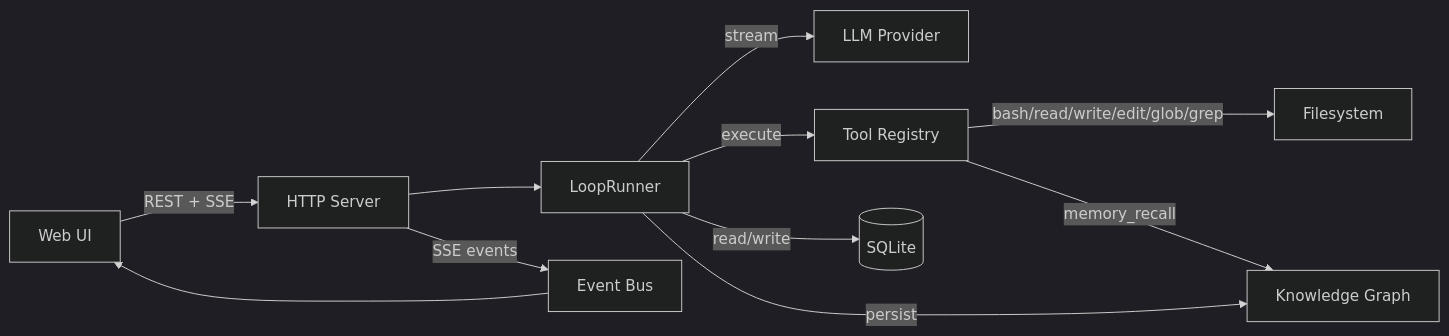
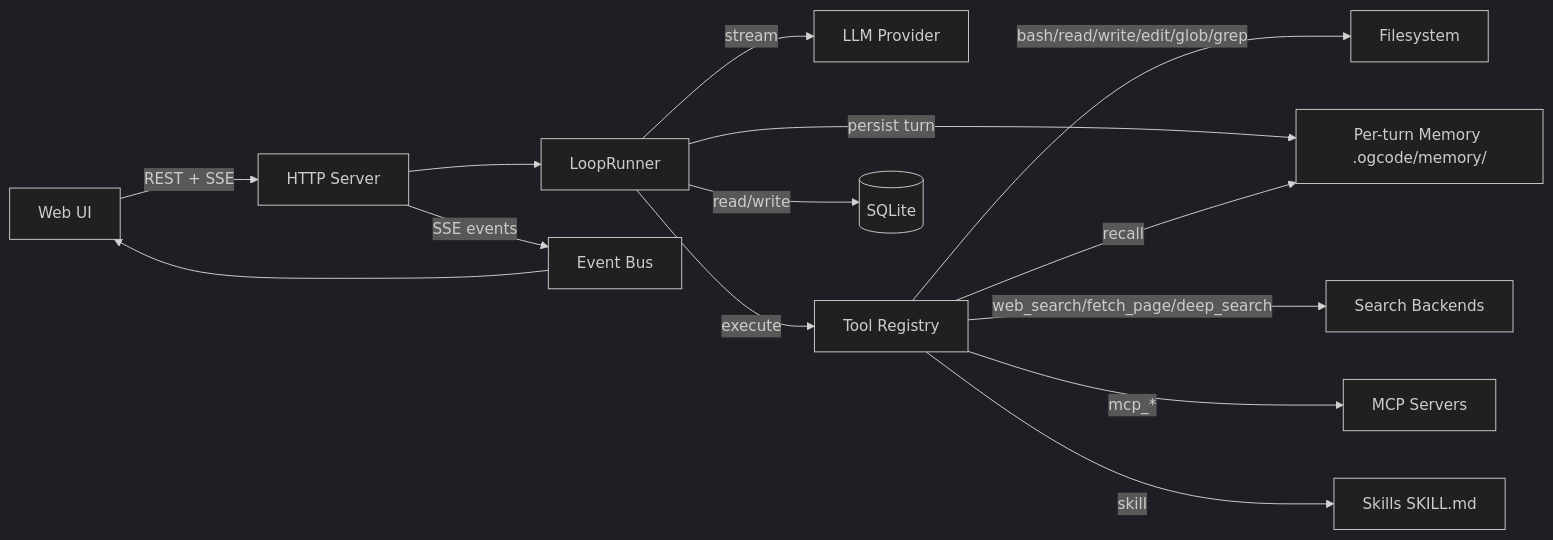
One commit to prasenjeet-symon/ogcode changed the first of 5 diagrams in docs/OUTLINE.md. Above: the diagram before and after it, drawn with Mermaid (dark theme). The commit also changed other lines of this file and 133 other files, not shown here.

````diff
--- a/docs/OUTLINE.md
+++ b/docs/OUTLINE.md
@@ -26,13 +27,16 @@
 ```mermaid
 graph LR
     UI[Web UI] -->|REST + SSE| API[HTTP Server]
     API --> LR[LoopRunner]
     LR -->|stream| LLM[LLM Provider]
     LR -->|execute| TOOLS[Tool Registry]
     LR -->|read/write| DB[(SQLite)]
-    LR -->|persist| MEM[Knowledge Graph]
+    LR -->|persist turn| MEM[Per-turn Memory .ogcode/memory/]
     TOOLS -->|bash/read/write/edit/glob/grep| FS[Filesystem]
-    TOOLS -->|memory_recall| MEM
+    TOOLS -->|recall| MEM
+    TOOLS -->|web_search/fetch_page/deep_search| NET[Search Backends]
+    TOOLS -->|mcp_*| MCP[MCP Servers]
+    TOOLS -->|skill| SK[Skills SKILL.md]
     API -->|SSE events| BUS[Event Bus]
     BUS --> UI
 ```
````
